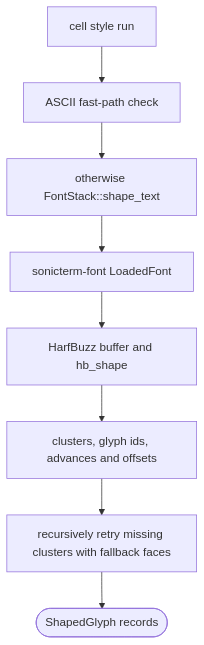
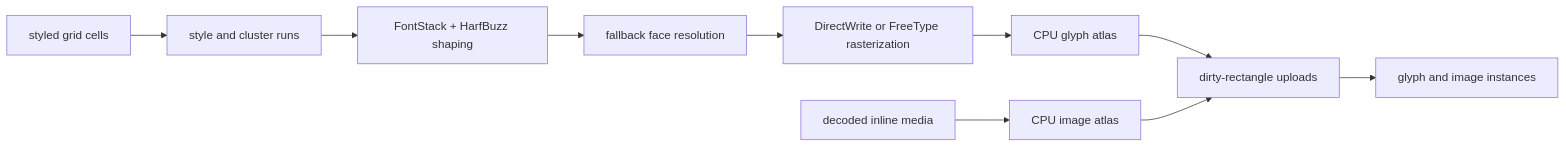
One commit to D0n9X1n/SonicTerm changed the first of 2 diagrams in wiki/Rendering-and-Fonts.md. Above: the diagram before and after it, drawn with Mermaid. The commit also changed other lines of this file and 33 other files, not shown here.

````diff
--- a/wiki/Rendering-and-Fonts.md
+++ b/wiki/Rendering-and-Fonts.md
@@ -93,19 +13,12 @@
 ```mermaid
-flowchart TD
-    run["cell style run"]
-    ascii["ASCII fast-path check"]
-    shape["otherwise FontStack::shape_text"]
-    loaded["sonicterm-font LoadedFont"]
-    hb["HarfBuzz buffer and hb_shape"]
-    clusters["clusters, glyph ids, advances and offsets"]
-    fallback["recursively retry missing clusters with fallback faces"]
-    shaped(["ShapedGlyph records"])
-
-    run --> ascii
-    ascii --> shape
-    shape --> loaded
-    loaded --> hb
-    hb --> clusters
-    clusters --> fallback
-    fallback --> shaped
+flowchart LR
+    grid["styled grid cells"] --> runs["style and cluster runs"]
+    runs --> shape["FontStack + HarfBuzz shaping"]
+    shape --> fallback["fallback face resolution"]
+    fallback --> raster["DirectWrite or FreeType rasterization"]
+    raster --> glyphAtlas["CPU glyph atlas"]
+    media["decoded inline media"] --> imageAtlas["CPU image atlas"]
+    glyphAtlas --> upload["dirty-rectangle uploads"]
+    imageAtlas --> upload
+    upload --> draw["glyph and image instances"]
 ```
````
